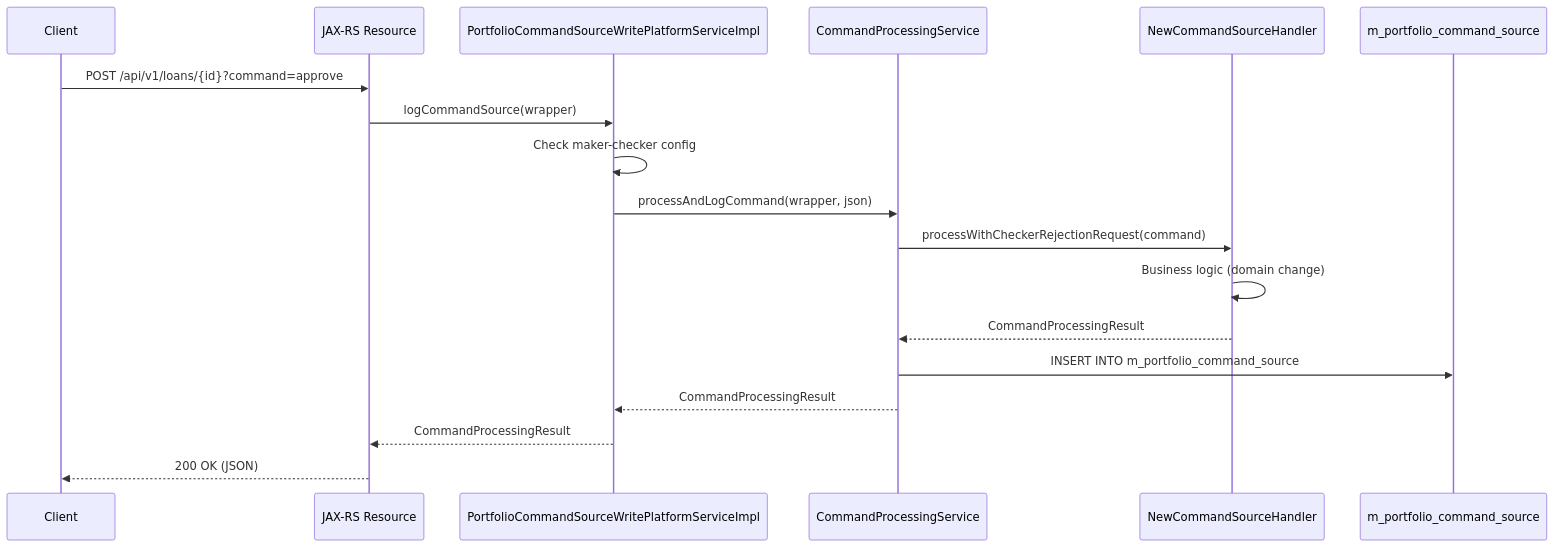
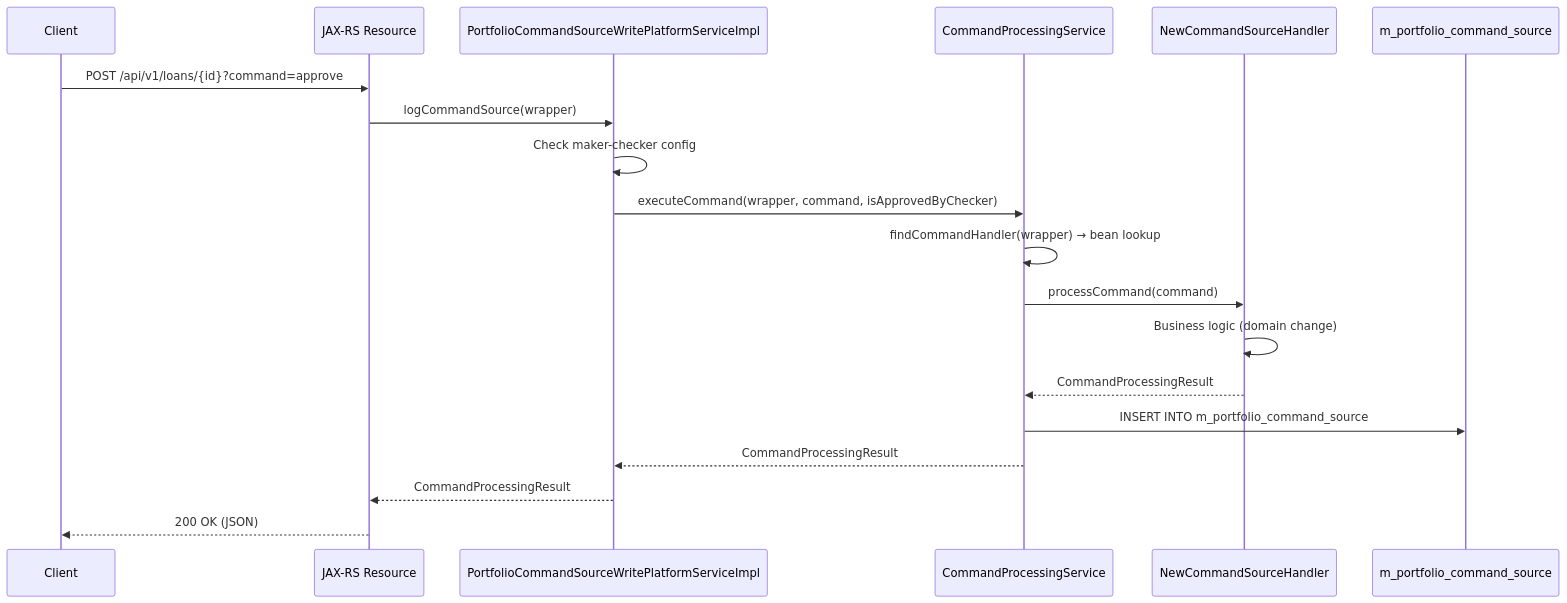
The first of 2 diagrams in core/command-processing.mdx (mintlify-atlas/docs-wiki-01cea823), drawn with Mermaid before and after one commit. The commit also changed other lines of this file and 46 other files, not shown here.

````diff
--- a/core/command-processing.mdx
+++ b/core/command-processing.mdx
@@ -347,21 +347,22 @@
 ```mermaid
 sequenceDiagram
     participant Client
     participant Resource as JAX-RS Resource
     participant PCW as PortfolioCommandSourceWritePlatformServiceImpl
     participant CPS as CommandProcessingService
     participant Handler as NewCommandSourceHandler
     participant DB as m_portfolio_command_source
 
     Client->>Resource: POST /api/v1/loans/{id}?command=approve
     Resource->>PCW: logCommandSource(wrapper)
     PCW->>PCW: Check maker-checker config
-    PCW->>CPS: processAndLogCommand(wrapper, json)
-    CPS->>Handler: processWithCheckerRejectionRequest(command)
+    PCW->>CPS: executeCommand(wrapper, command, isApprovedByChecker)
+    CPS->>CPS: findCommandHandler(wrapper) → bean lookup
+    CPS->>Handler: processCommand(command)
     Handler->>Handler: Business logic (domain change)
     Handler-->>CPS: CommandProcessingResult
     CPS->>DB: INSERT INTO m_portfolio_command_source
     CPS-->>PCW: CommandProcessingResult
     PCW-->>Resource: CommandProcessingResult
     Resource-->>Client: 200 OK (JSON)
 ```
````
